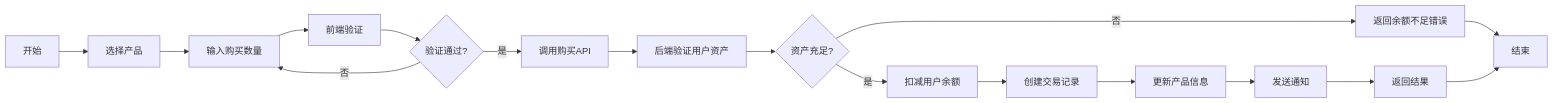
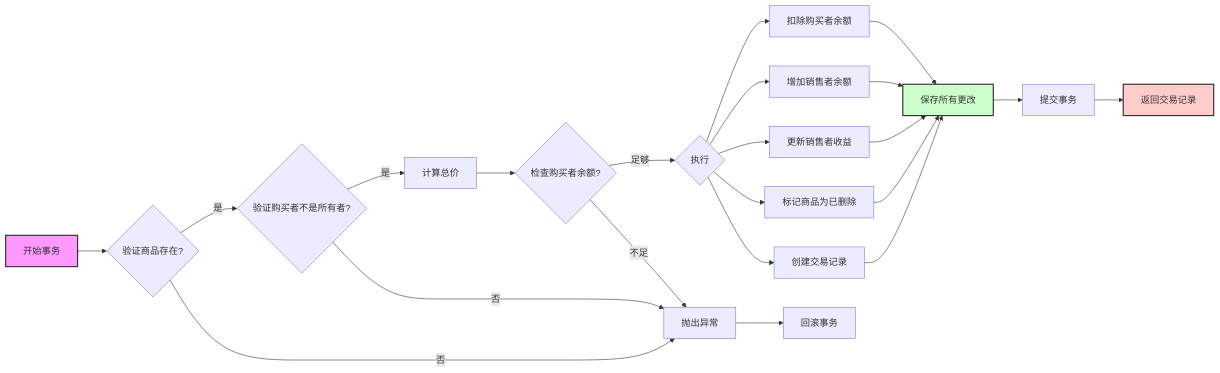
One commit to 57UU/southern_money changed diagram 12 of 14 in report/a.md. Above: the diagram before and after it, drawn with Mermaid. The commit also changed other lines of this file, not shown here.

````diff
--- a/report/a.md
+++ b/report/a.md
@@ -361,19 +705,28 @@
 ```mermaid
 flowchart LR
-    A[开始] --> B[选择产品]
-    B --> C[输入购买数量]
-    C --> D[前端验证]
-    D --> E{验证通过?}
-    E -->|是| F[调用购买API]
-    E -->|否| C
-    F --> G[后端验证用户资产]
-    G --> H{资产充足?}
-    H -->|是| I[扣减用户余额]
-    H -->|否| J[返回余额不足错误]
-    I --> K[创建交易记录]
-    K --> L[更新产品信息]
-    L --> M[发送通知]
-    M --> N[返回结果]
-    J --> O[结束]
-    N --> O[结束]
+   A[开始事务] --> B{验证商品存在?}
+   B -->|是| C{验证购买者不是所有者?}
+   B -->|否| Z[抛出异常]
+   C -->|是| D[计算总价]
+   C -->|否| Z
+   D --> E{检查购买者余额?}
+   E -->|足够| Node{执行}
+   E -->|不足| Z
+   Node --> F[扣除购买者余额]
+   Node --> G[增加销售者余额]
+   Node --> H[更新销售者收益]
+   Node --> I[标记商品为已删除]
+   Node --> J[创建交易记录]
+   F --> L
+   G --> L
+   H --> L
+   I --> L
+   J --> L[保存所有更改]
+   L --> M[提交事务]
+   M --> N[返回交易记录]
+   Z --> O[回滚事务]
+
+   style A fill:#f9f,stroke:#333,stroke-width:2px
+   style L fill:#cfc,stroke:#333,stroke-width:2px
+   style N fill:#fcc,stroke:#333,stroke-width:2px
 ```
````
